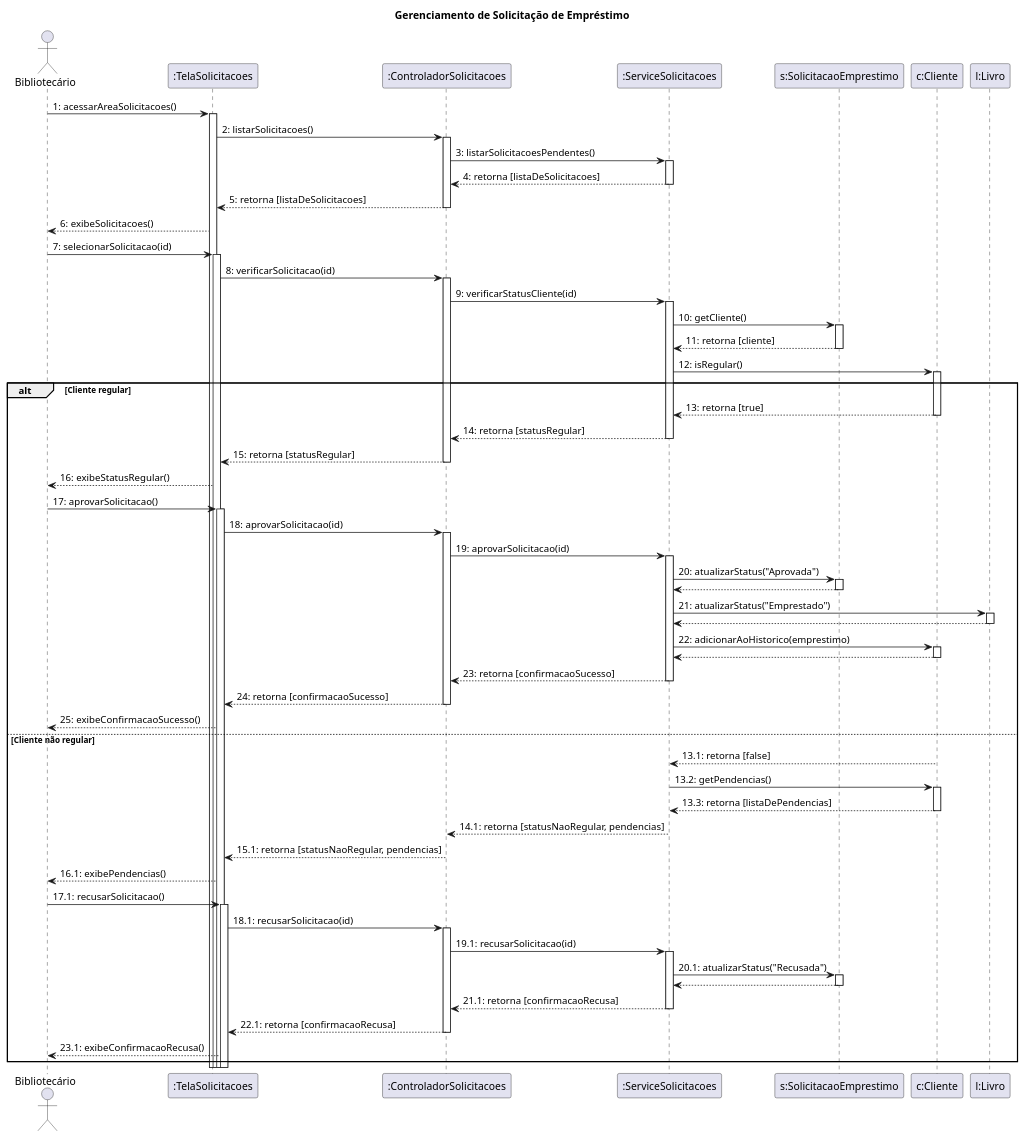
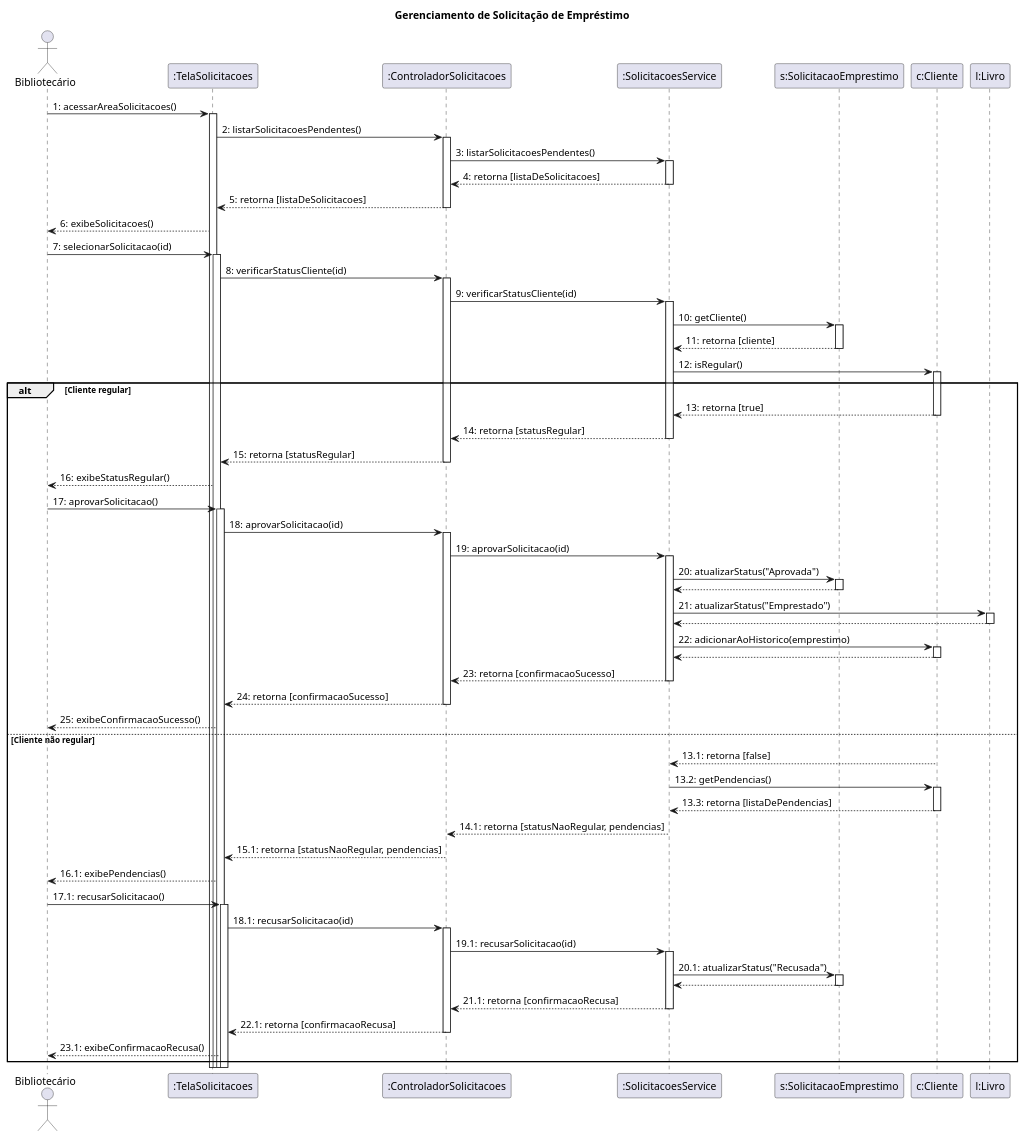
The diagram in gerenciar_solicitacoes.iuml (felipehidequel/aps-biblioteca), drawn with PlantUML before and after one commit.

Commit message:
docs(uml): diagama de sequencia revisado

```diff
--- a/gerenciar_solicitacoes.iuml
+++ b/gerenciar_solicitacoes.iuml
@@ -1,69 +1,69 @@
 @startuml
 ' Definição de título e participantes
 title Gerenciamento de Solicitação de Empréstimo
 
 actor Bibliotecário
 participant ":TelaSolicitacoes" as Tela
 participant ":ControladorSolicitacoes" as Controlador
-participant ":ServiceSolicitacoes" as Service
+participant ":SolicitacoesService" as Service
 participant "s:SolicitacaoEmprestimo" as Solicitacao
 participant "c:Cliente" as Cliente
 participant "l:Livro" as Livro
 
 ' Início da sequência
 Bibliotecário -> Tela ++ : 1: acessarAreaSolicitacoes()
-Tela -> Controlador ++ : 2: listarSolicitacoes()
+Tela -> Controlador ++ : 2: listarSolicitacoesPendentes()
 Controlador -> Service ++ : 3: listarSolicitacoesPendentes()
 Service --> Controlador -- : 4: retorna [listaDeSolicitacoes]
 Controlador --> Tela -- : 5: retorna [listaDeSolicitacoes]
 Tela --> Bibliotecário : 6: exibeSolicitacoes()
 
 Bibliotecário -> Tela ++ : 7: selecionarSolicitacao(id)
-Tela -> Controlador ++ : 8: verificarSolicitacao(id)
+Tela -> Controlador ++ : 8: verificarStatusCliente(id)
 Controlador -> Service ++ : 9: verificarStatusCliente(id)
 Service -> Solicitacao ++ : 10: getCliente()
 Solicitacao --> Service -- : 11: retorna [cliente]
 Service -> Cliente ++ : 12: isRegular()
 
 ' Bloco de fluxo alternativo (alt/else)
 alt Cliente regular
     Cliente --> Service -- : 13: retorna [true]
     Service --> Controlador -- : 14: retorna [statusRegular]
     Controlador --> Tela -- : 15: retorna [statusRegular]
     Tela --> Bibliotecário : 16: exibeStatusRegular()
     
     Bibliotecário -> Tela ++ : 17: aprovarSolicitacao()
     Tela -> Controlador ++ : 18: aprovarSolicitacao(id)
     Controlador -> Service ++ : 19: aprovarSolicitacao(id)
     
     Service -> Solicitacao ++ : 20: atualizarStatus("Aprovada")
     Solicitacao --> Service --
     Service -> Livro ++ : 21: atualizarStatus("Emprestado")
     Livro --> Service --
     Service -> Cliente ++ : 22: adicionarAoHistorico(emprestimo)
     Cliente --> Service --
 
     Service --> Controlador -- : 23: retorna [confirmacaoSucesso]
     Controlador --> Tela -- : 24: retorna [confirmacaoSucesso]
     Tela --> Bibliotecário : 25: exibeConfirmacaoSucesso()
 
 else Cliente não regular
     Cliente --> Service -- : 13.1: retorna [false]
     Service -> Cliente ++ : 13.2: getPendencias()
     Cliente --> Service -- : 13.3: retorna [listaDePendencias]
     Service --> Controlador -- : 14.1: retorna [statusNaoRegular, pendencias]
     Controlador --> Tela -- : 15.1: retorna [statusNaoRegular, pendencias]
     Tela --> Bibliotecário : 16.1: exibePendencias()
 
     Bibliotecário -> Tela ++ : 17.1: recusarSolicitacao()
     Tela -> Controlador ++ : 18.1: recusarSolicitacao(id)
     Controlador -> Service ++ : 19.1: recusarSolicitacao(id)
     Service -> Solicitacao ++ : 20.1: atualizarStatus("Recusada")
     Solicitacao --> Service --
     
     Service --> Controlador -- : 21.1: retorna [confirmacaoRecusa]
     Controlador --> Tela -- : 22.1: retorna [confirmacaoRecusa]
     Tela --> Bibliotecário : 23.1: exibeConfirmacaoRecusa()
 end
 
 @enduml
```
